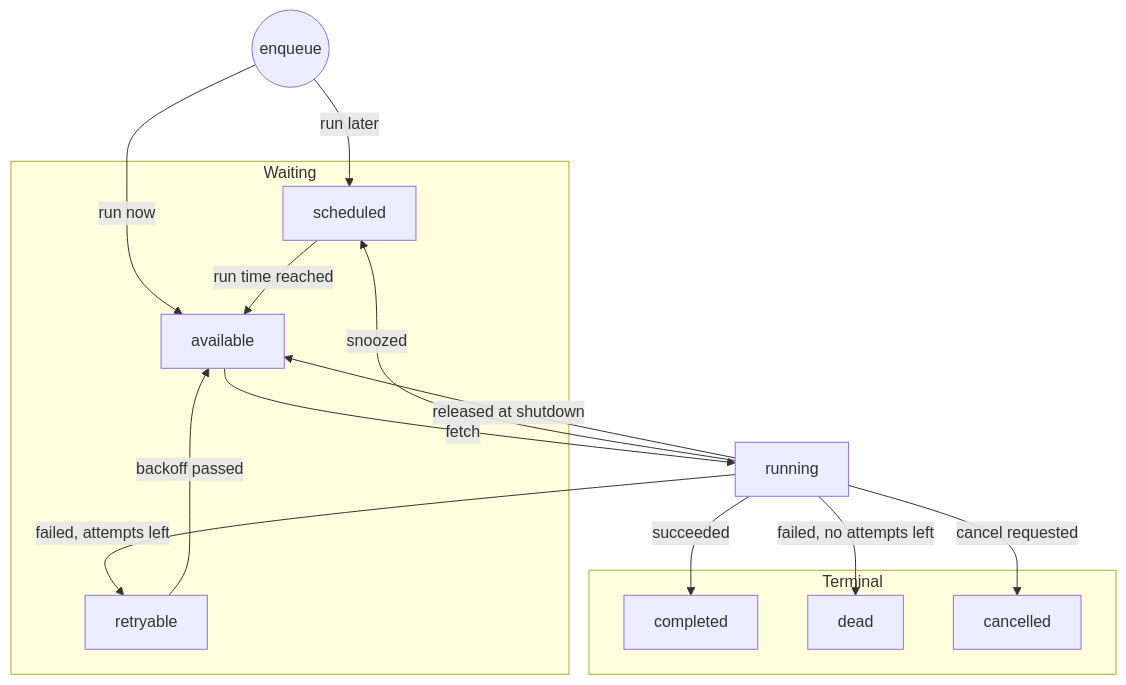
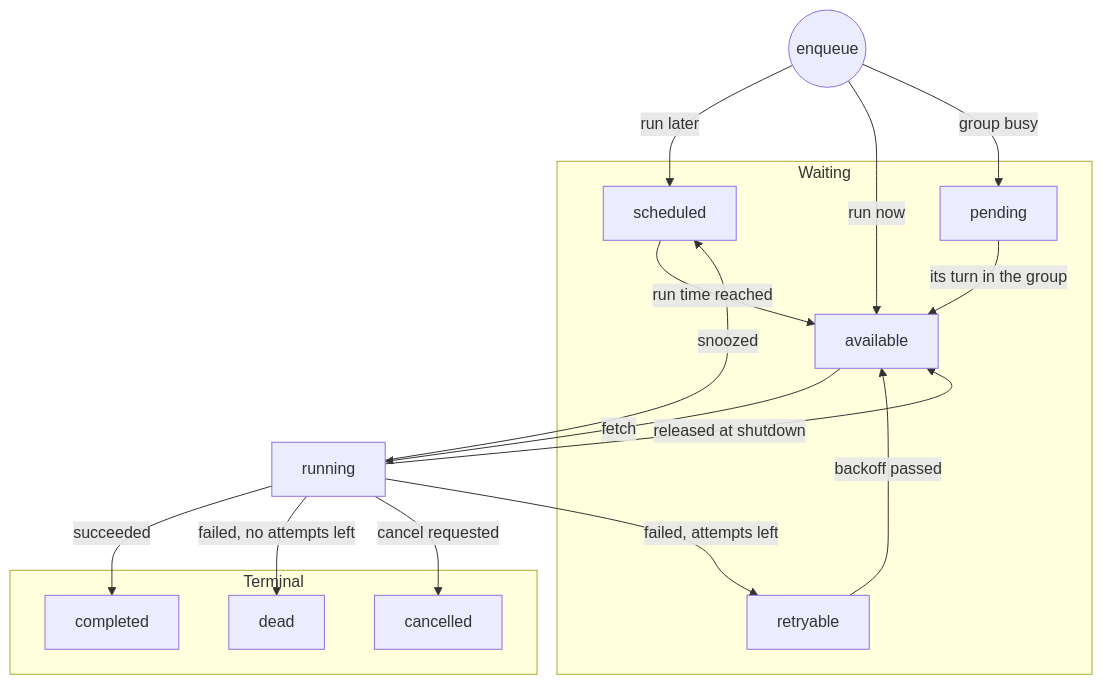
One commit to code19m/taskmill changed the diagram in docs/design/task-lifecycle.md. Above: the diagram before and after it, drawn with Mermaid. The commit also changed other lines of this file and 1 other file, not shown here.

First line of the commit message:
docs(design): add the pending state and align the lifecycle with the schema

````diff
--- a/docs/design/task-lifecycle.md
+++ b/docs/design/task-lifecycle.md
@@ -48,29 +51,32 @@
 ```mermaid
 flowchart TD
     enqueue((enqueue)) -->|run later| scheduled
     enqueue -->|run now| available
+    enqueue -->|group busy| pending
 
     subgraph waiting [Waiting]
         scheduled
+        pending
         available
         retryable
     end
 
     scheduled -->|run time reached| available
+    pending -->|its turn in the group| available
     retryable -->|backoff passed| available
     available -->|fetch| running
 
     running -->|failed, attempts left| retryable
     running -->|snoozed| scheduled
     running -->|released at shutdown| available
 
     subgraph terminal [Terminal]
         completed
         dead
         cancelled
     end
 
     running -->|succeeded| completed
     running -->|failed, no attempts left| dead
     running -->|cancel requested| cancelled
 ```
````
